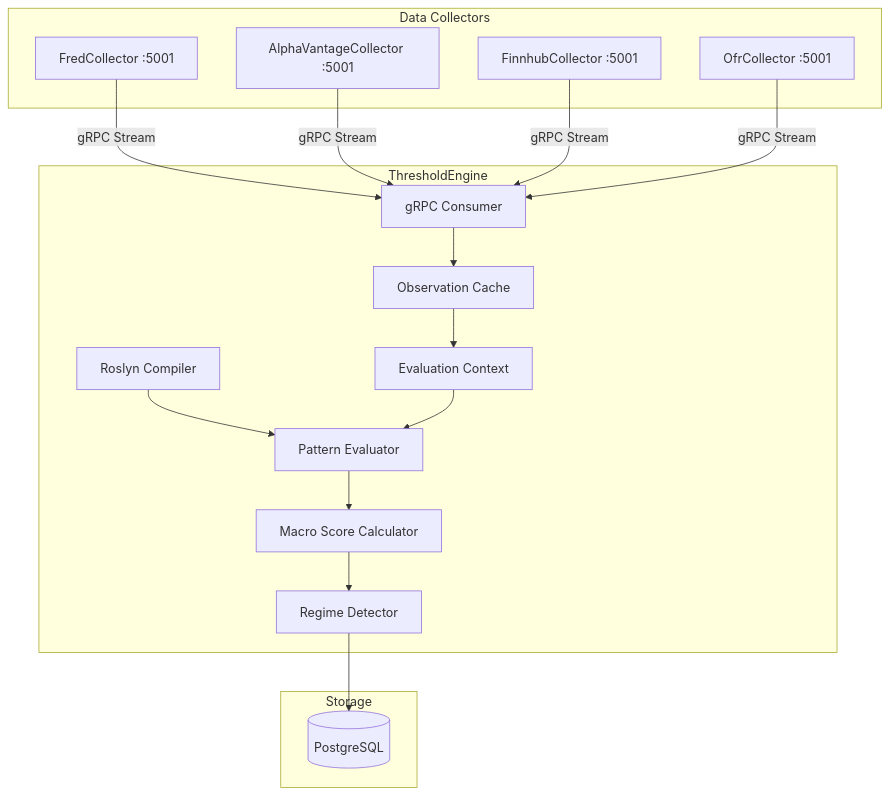
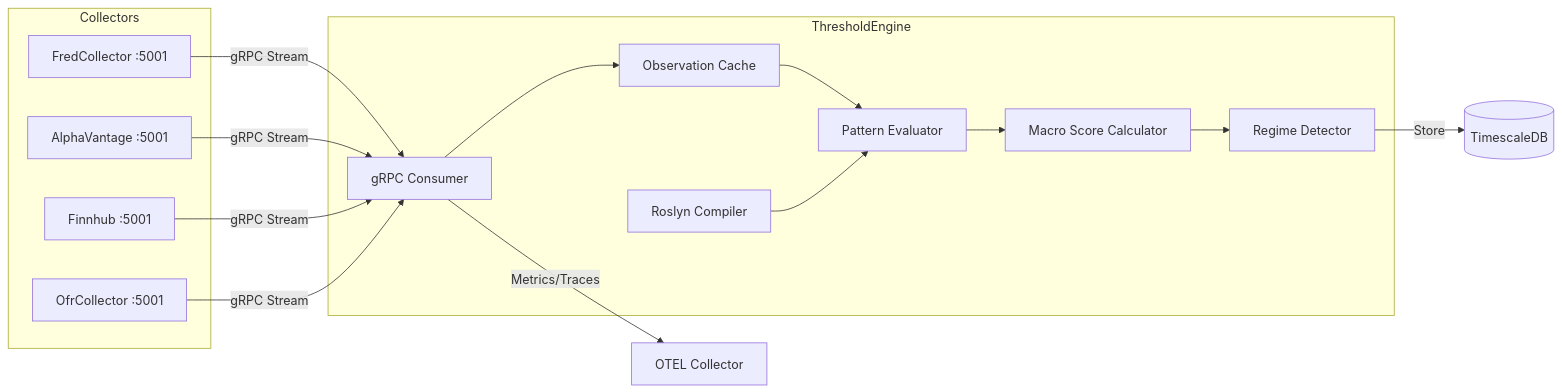
The diagram in ThresholdEngine/README.md (jpansarasa/ATLAS-Docs), drawn with Mermaid before and after one commit. The commit also changed other lines of this file and 22 other files, not shown here.

````diff
--- a/ThresholdEngine/README.md
+++ b/ThresholdEngine/README.md
@@ -13,32 +11,27 @@
 ```mermaid
-flowchart TD
-    subgraph Collectors [Data Collectors]
+flowchart LR
+    subgraph Collectors
         FC[FredCollector :5001]
-        AV[AlphaVantageCollector :5001]
-        FH[FinnhubCollector :5001]
+        AV[AlphaVantage :5001]
+        FH[Finnhub :5001]
         OC[OfrCollector :5001]
     end
 
-    subgraph Core [ThresholdEngine]
-        Consumer[gRPC Consumer]
-        Cache[Observation Cache]
-        Roslyn[Roslyn Compiler]
-        Context[Evaluation Context]
-        Evaluator[Pattern Evaluator]
-        MacroScore[Macro Score Calculator]
-        Regime[Regime Detector]
+    subgraph ThresholdEngine
+        GC[gRPC Consumer]
+        CACHE[Observation Cache]
+        EVAL[Pattern Evaluator]
+        ROSLYN[Roslyn Compiler]
+        MACRO[Macro Score Calculator]
+        REGIME[Regime Detector]
     end
 
-    subgraph Storage
-        DB[(PostgreSQL)]
-    end
-
-    FC & AV & FH & OC -- gRPC Stream --> Consumer
-    Consumer --> Cache
-    Cache --> Context
-    Roslyn --> Evaluator
-    Context --> Evaluator
-    Evaluator --> MacroScore
-    MacroScore --> Regime
-    Regime --> DB
+    FC & AV & FH & OC -->|gRPC Stream| GC
+    GC --> CACHE
+    CACHE --> EVAL
+    ROSLYN --> EVAL
+    EVAL --> MACRO
+    MACRO --> REGIME
+    REGIME -->|Store| DB[(TimescaleDB)]
+    GC -->|Metrics/Traces| OTEL[OTEL Collector]
 ```
````
